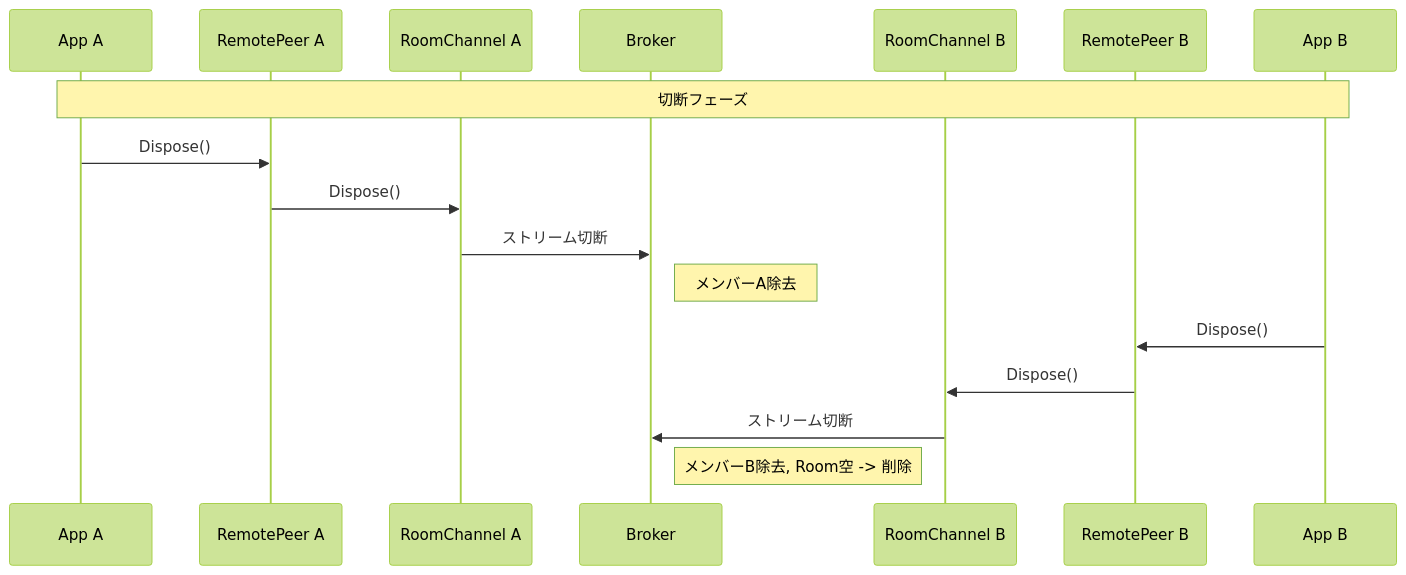
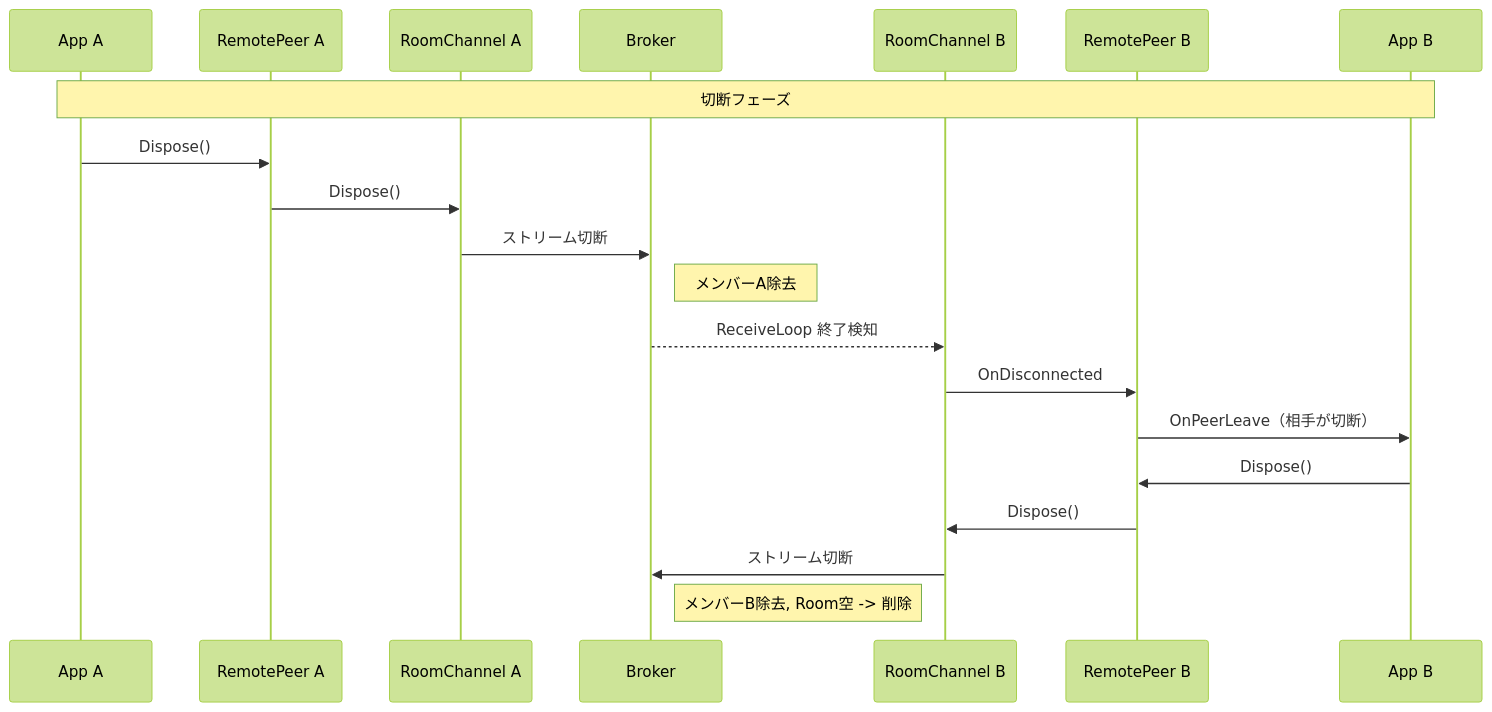
Before and after one commit to jun8k2003/RCOM13162: the third of 4 diagrams in spec.md, drawn with Mermaid (forest theme). The commit also changed other lines of this file, not shown here.

````diff
--- a/spec.md
+++ b/spec.md
@@ -285,22 +305,25 @@
 ```mermaid
 sequenceDiagram
     participant AA as App A
     participant PA as RemotePeer A
     participant CA as RoomChannel A
     participant BK as Broker
     participant CB as RoomChannel B
     participant PB as RemotePeer B
     participant AB as App B
 
     Note over AA,AB: 切断フェーズ
 
     AA->>PA: Dispose()
     PA->>CA: Dispose()
     CA->>BK: ストリーム切断
     Note right of BK: メンバーA除去
+    BK-->>CB: ReceiveLoop 終了検知
+    CB->>PB: OnDisconnected
+    PB->>AB: OnPeerLeave（相手が切断）
 
     AB->>PB: Dispose()
     PB->>CB: Dispose()
     CB->>BK: ストリーム切断
     Note right of BK: メンバーB除去, Room空 -> 削除
 ```
````
